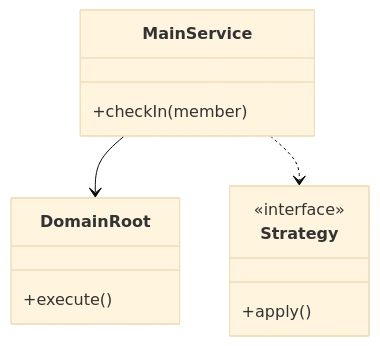
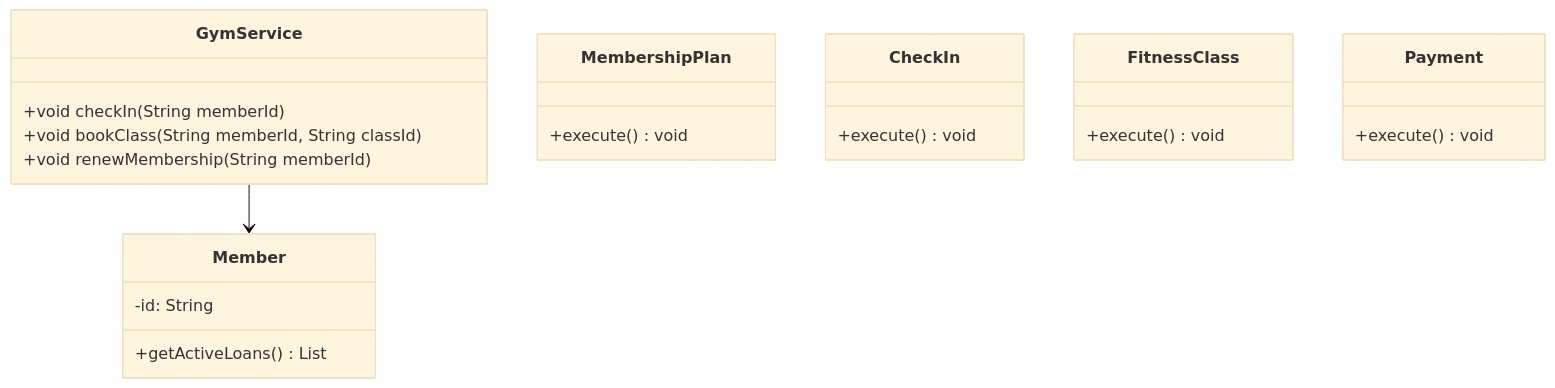
One commit to madhupaila/Interview-Prep-SSE changed the first of 3 diagrams in Learn/System Design - Low Level Design/02-classic-ood/questions/Q36-gym-membership.md. Above: the diagram before and after it, drawn with Mermaid (base theme). The commit also changed other lines of this file and 491 other files, not shown here.

````diff
--- a/Learn/System Design - Low Level Design/02-classic-ood/questions/Q36-gym-membership.md
+++ b/Learn/System Design - Low Level Design/02-classic-ood/questions/Q36-gym-membership.md
@@ -75,15 +92,25 @@
 ```mermaid
 classDiagram
-    class MainService {
-        +checkIn(member)
+    class GymService {
+        +void checkIn(String memberId)
+        +void bookClass(String memberId, String classId)
+        +void renewMembership(String memberId)
     }
-    class DomainRoot {
-        +execute()
+    class Member {
+        -id: String
+        +getActiveLoans() List
     }
-    class Strategy {
-        <<interface>>
-        +apply()
+    class MembershipPlan {
+        +execute() void
     }
-    MainService --> DomainRoot
-    MainService ..> Strategy
+    class CheckIn {
+        +execute() void
+    }
+    class FitnessClass {
+        +execute() void
+    }
+    class Payment {
+        +execute() void
+    }
+    GymService --> Member
 ```
````
